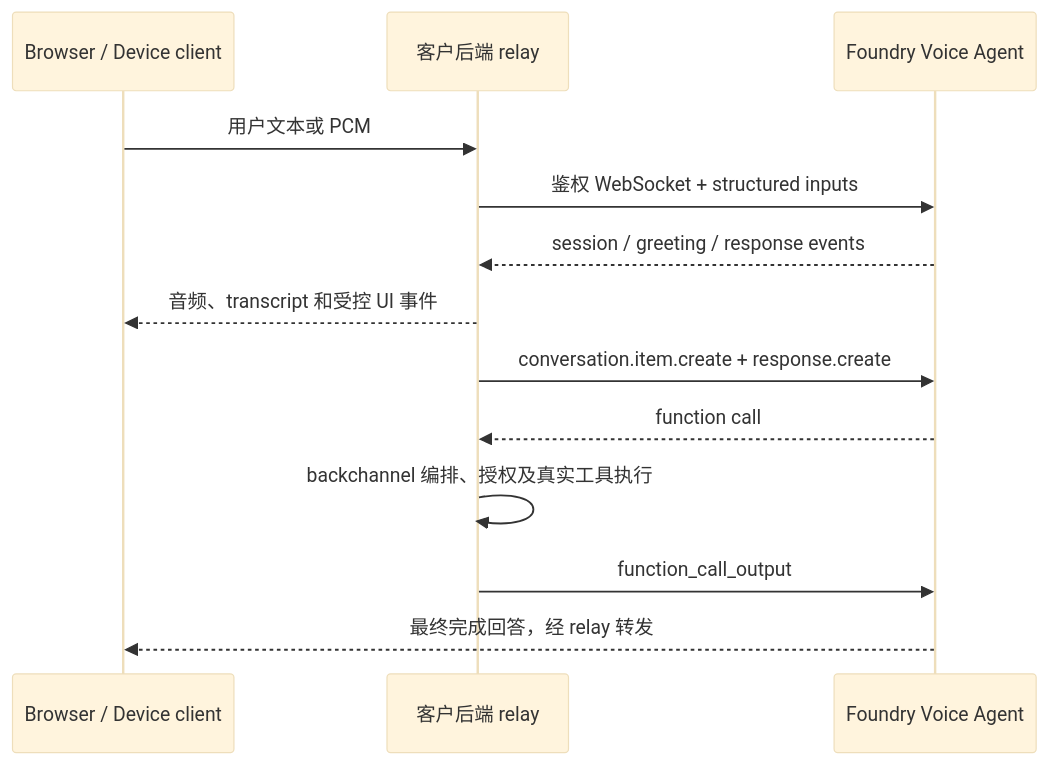
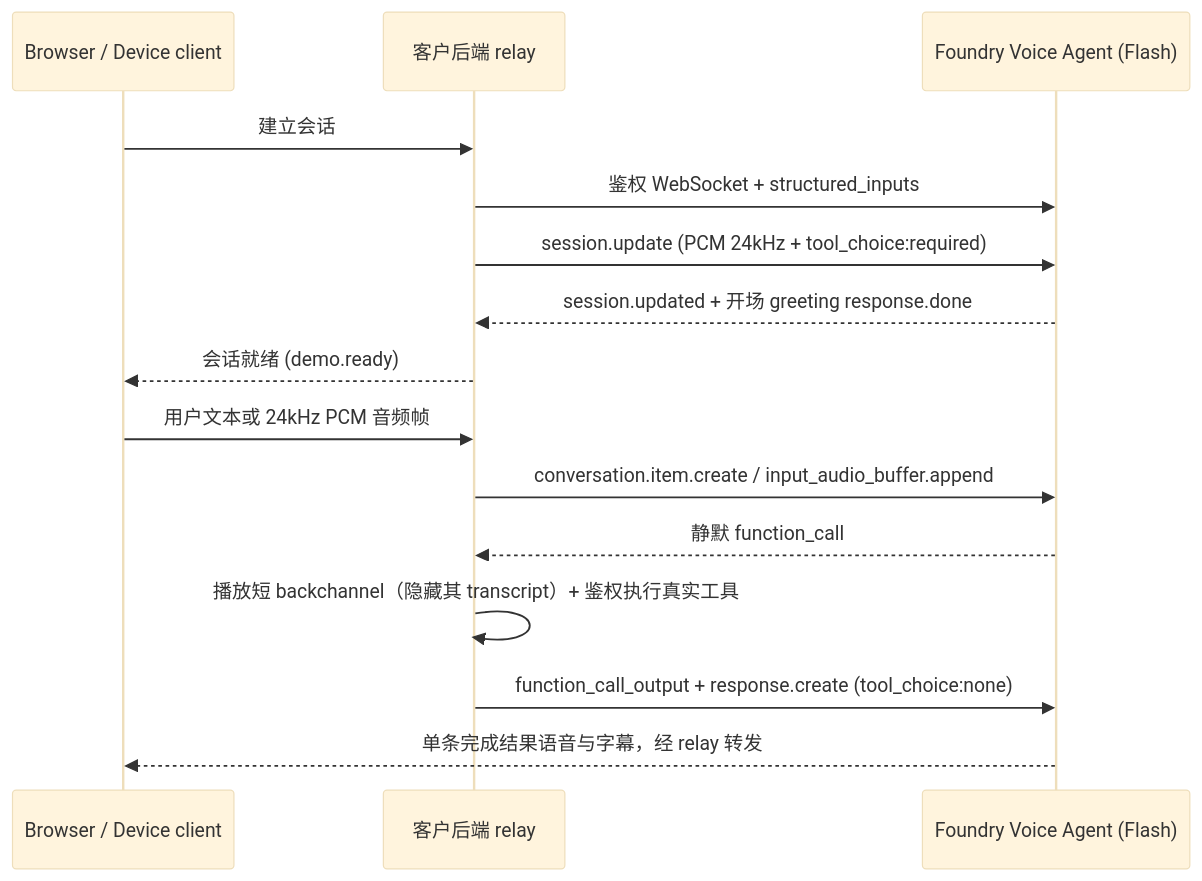
One commit to ZhaoChaoqun/voice-agent changed the first of 2 diagrams in samples/haier-voice-home/INTEGRATION.md. Above: the diagram before and after it, drawn with Mermaid (base theme). The commit also changed other lines of this file and 26 other files, not shown here.

````diff
--- a/samples/haier-voice-home/INTEGRATION.md
+++ b/samples/haier-voice-home/INTEGRATION.md
@@ -251,15 +213,17 @@
 ```mermaid
 sequenceDiagram
   participant B as Browser / Device client
   participant R as 客户后端 relay
-  participant A as Foundry Voice Agent
-  B->>R: 用户文本或 PCM
-  R->>A: 鉴权 WebSocket + structured inputs
-  A-->>R: session / greeting / response events
-  R-->>B: 音频、transcript 和受控 UI 事件
-  R->>A: conversation.item.create + response.create
-  A-->>R: function call
-  R->>R: backchannel 编排、授权及真实工具执行
-  R->>A: function_call_output
-  A-->>B: 最终完成回答，经 relay 转发
+  participant A as Foundry Voice Agent (Flash)
+  B->>R: 建立会话
+  R->>A: 鉴权 WebSocket + structured_inputs
+  R->>A: session.update (PCM 24kHz + tool_choice:required)
+  A-->>R: session.updated + 开场 greeting response.done
+  R-->>B: 会话就绪 (demo.ready)
+  B->>R: 用户文本或 24kHz PCM 音频帧
+  R->>A: conversation.item.create / input_audio_buffer.append
+  A-->>R: 静默 function_call
+  R->>R: 播放短 backchannel（隐藏其 transcript）+ 鉴权执行真实工具
+  R->>A: function_call_output + response.create (tool_choice:none)
+  A-->>B: 单条完成结果语音与字幕，经 relay 转发
 ```
````
